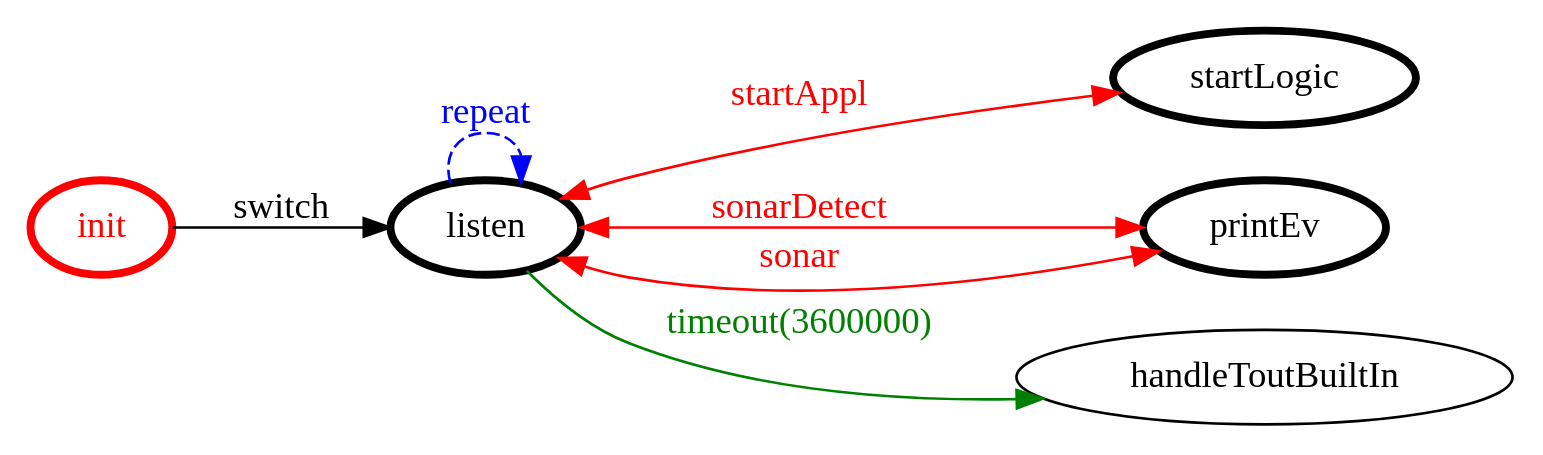
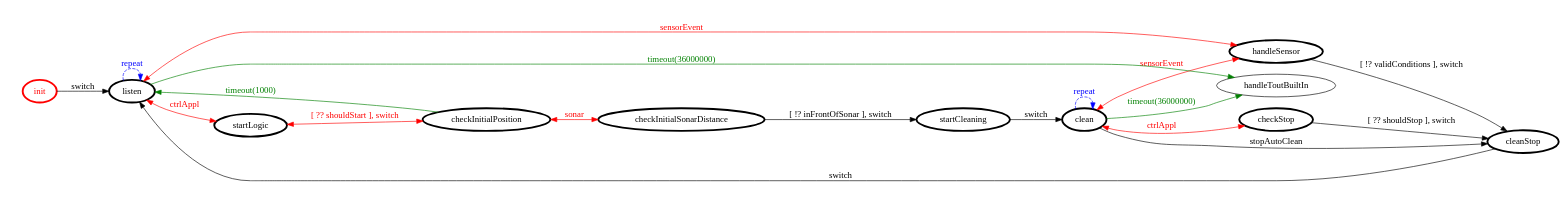
Before and after one commit to piscoTech/uniboIss2018: the diagram in it.unibo.finaltask/srcMore/it/unibo/webguiexecutor/webguiexecutor.gv, drawn with Graphviz. The commit also changed 11 other files, not shown here.

```diff
--- a/it.unibo.finaltask/srcMore/it/unibo/webguiexecutor/webguiexecutor.gv
+++ b/it.unibo.finaltask/srcMore/it/unibo/webguiexecutor/webguiexecutor.gv
@@ -1,23 +1,41 @@
 /*
 *
 * A GraphViz DOT FSM description 
 * Please use a GraphViz visualizer (like http://www.webgraphviz.com)
 *  
 */
 
 digraph finite_state_machine {
 	rankdir=LR
 	size="8,5"
 	
 	init [ color = red ][ fontcolor = red ][ penwidth = 3 ]
 	startLogic [ color = black ][ fontcolor = black ][ penwidth = 3 ]
-	printEv [ color = black ][ fontcolor = black ][ penwidth = 3 ]
+	handleSensor [ color = black ][ fontcolor = black ][ penwidth = 3 ]
+	checkInitialSonarDistance [ color = black ][ fontcolor = black ][ penwidth = 3 ]
+	startCleaning [ color = black ][ fontcolor = black ][ penwidth = 3 ]
+	checkStop [ color = black ][ fontcolor = black ][ penwidth = 3 ]
+	clean [ color = black ][ fontcolor = black ][ penwidth = 3 ]
+	cleanStop [ color = black ][ fontcolor = black ][ penwidth = 3 ]
 	listen [ color = black ][ fontcolor = black ][ penwidth = 3 ]
+	checkInitialPosition [ color = black ][ fontcolor = black ][ penwidth = 3 ]
 	
+	startLogic -> checkInitialPosition [ label = "[ ?? shouldStart ], switch" ][ color = red ][ fontcolor = red ][ dir = both ]
+	clean -> clean [ label = "repeat "][ style = dashed ][ color = blue ][ fontcolor = blue ]
+	listen -> startLogic [ label = "ctrlAppl" ][ color = red ][ fontcolor = red ][ dir = both ]
+	cleanStop -> listen [ label = "switch" ][ color = black ][ fontcolor = black ]
+	checkInitialPosition -> checkInitialSonarDistance [ label = "sonar" ][ color = red ][ fontcolor = red ][ dir = both ]
+	clean -> handleSensor [ label = "sensorEvent" ][ color = red ][ fontcolor = red ][ dir = both ]
+	listen -> handleSensor [ label = "sensorEvent" ][ color = red ][ fontcolor = red ][ dir = both ]
+	checkInitialPosition -> listen [ label = "timeout(1000)" ][ color = green ][ fontcolor = green ]
+	listen -> handleToutBuiltIn [ label = "timeout(36000000)" ][ color = green ][ fontcolor = green ]
+	startCleaning -> clean [ label = "switch" ][ color = black ][ fontcolor = black ]
+	checkInitialSonarDistance -> startCleaning [ label = "[ !? inFrontOfSonar ], switch" ][ color = black ][ fontcolor = black ]
 	listen -> listen [ label = "repeat "][ style = dashed ][ color = blue ][ fontcolor = blue ]
-	listen -> printEv [ label = "sonarDetect" ][ color = red ][ fontcolor = red ][ dir = both ]
+	clean -> cleanStop [ label = "stopAutoClean" ][ color = black ][ fontcolor = black ]
+	clean -> checkStop [ label = "ctrlAppl" ][ color = red ][ fontcolor = red ][ dir = both ]
 	init -> listen [ label = "switch" ][ color = black ][ fontcolor = black ]
-	listen -> printEv [ label = "sonar" ][ color = red ][ fontcolor = red ][ dir = both ]
-	listen -> startLogic [ label = "startAppl" ][ color = red ][ fontcolor = red ][ dir = both ]
-	listen -> handleToutBuiltIn [ label = "timeout(3600000)" ][ color = green ][ fontcolor = green ]
+	checkStop -> cleanStop [ label = "[ ?? shouldStop ], switch" ][ color = black ][ fontcolor = black ]
+	handleSensor -> cleanStop [ label = "[ !? validConditions ], switch" ][ color = black ][ fontcolor = black ]
+	clean -> handleToutBuiltIn [ label = "timeout(36000000)" ][ color = green ][ fontcolor = green ]
 }
```
